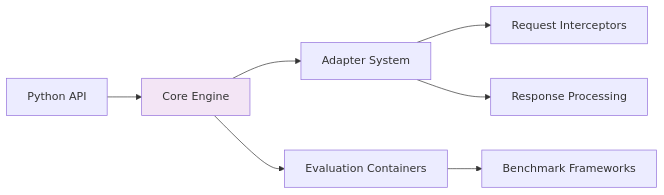
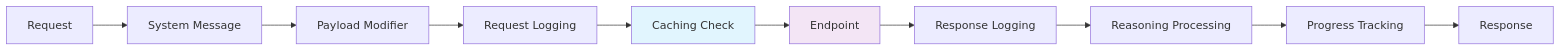
Before and after one commit to NVIDIA-NeMo/Evaluator: the second of 2 diagrams in docs/about/concepts/architecture.md, drawn with Mermaid. The commit also changed other lines of this file and 26 other files, not shown here.

````diff
--- a/docs/about/concepts/architecture.md
+++ b/docs/about/concepts/architecture.md
@@ -99,12 +97,15 @@
 ```{mermaid}
 graph LR
-    A[Python API] --> B[Core Engine]
-    B --> C[Adapter System]
-    B --> D[Evaluation Containers]
+    A[Request] --> B[System Message]
+    B --> C[Payload Modifier]
+    C --> D[Request Logging]
+    D --> E[Caching Check]
+    E --> F[Endpoint]
+    F --> G[Response Logging]
+    G --> H[Reasoning Processing]
+    H --> I[Progress Tracking]
+    I --> J[Response]
     
-    C --> E[Request Interceptors]
-    C --> F[Response Processing]
-    D --> G[Benchmark Frameworks]
-    
-    style B fill:#f3e5f5
+    style E fill:#e1f5fe
+    style F fill:#f3e5f5
 ```
````
